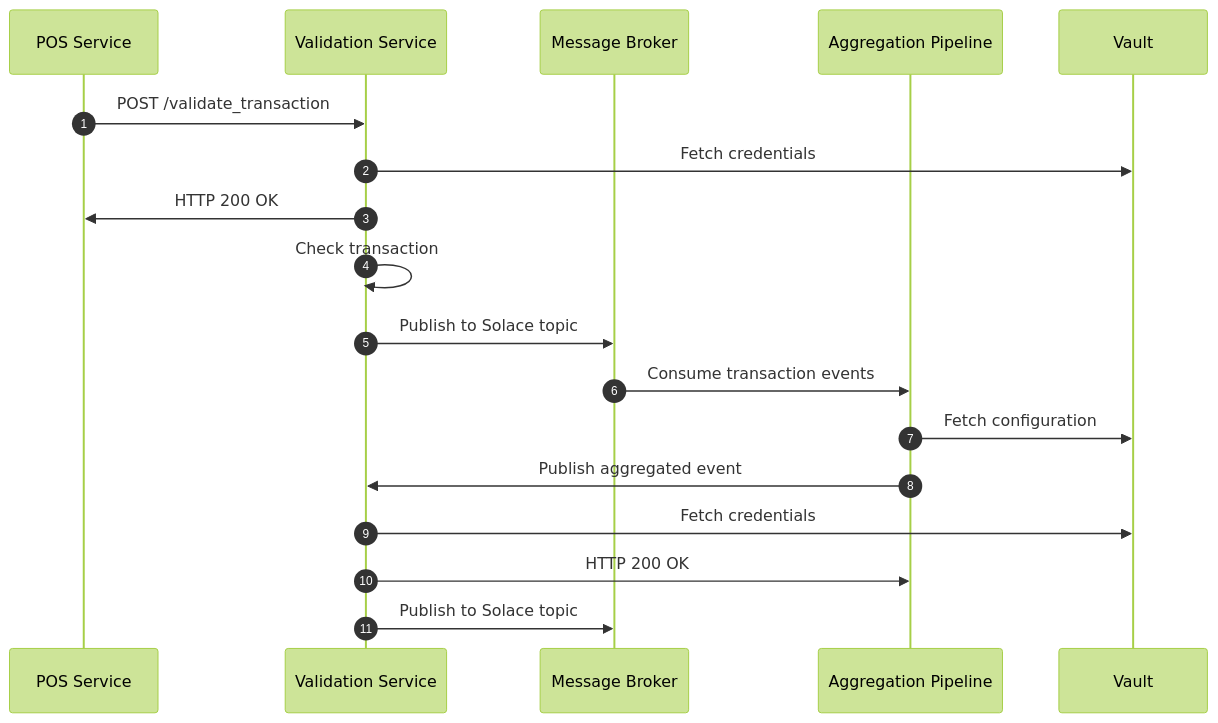
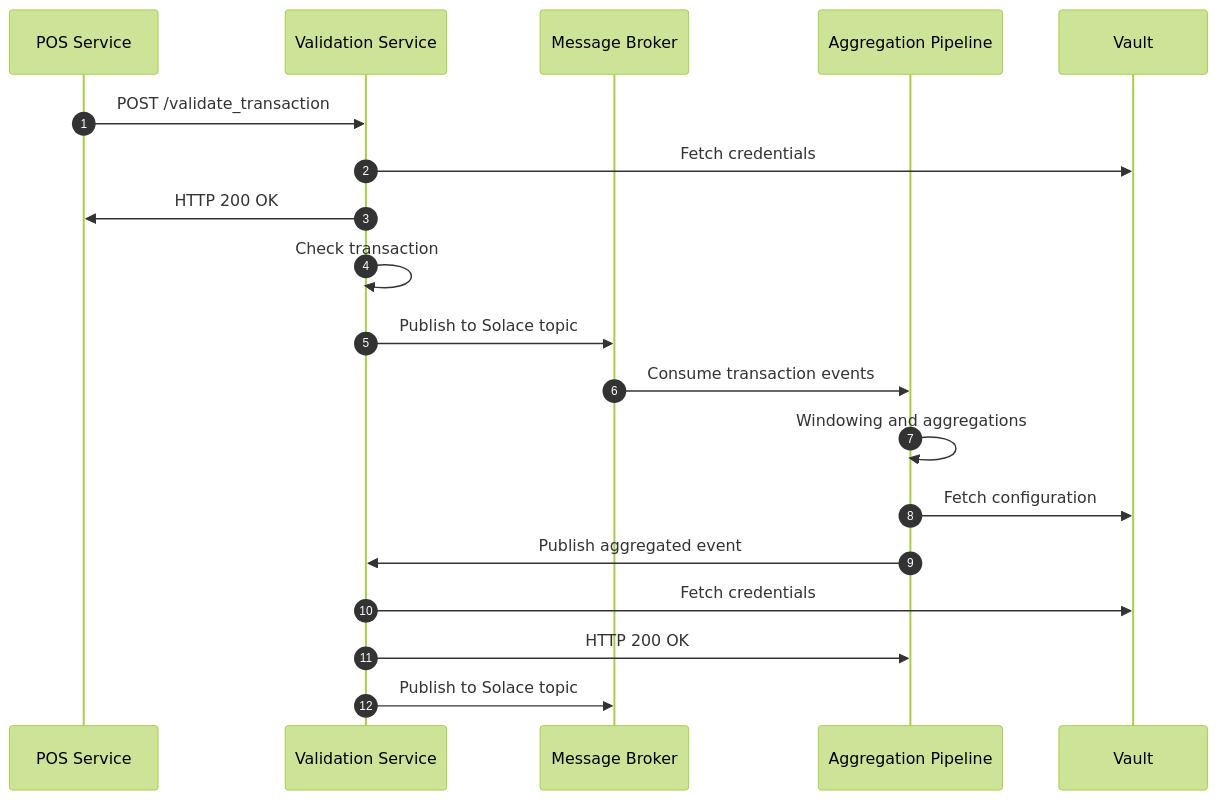
Before and after one commit to Tuuliyo/DLMDWWDE: the first of 2 diagrams in README.md, drawn with Mermaid (forest theme). The commit also changed other lines of this file and 7 other files, not shown here.

Commit message:
vault: otel and tempo config, correction and addition of graphics in readme

````diff
--- a/README.md
+++ b/README.md
@@ -101,21 +101,22 @@
 ```mermaid
 sequenceDiagram
     autonumber
     participant POS as POS Service
     participant Validation as Validation Service
     participant Broker as Message Broker
     participant Aggregation as Aggregation Pipeline
     participant Vault as Vault
 
     POS->>Validation: POST /validate_transaction
     Validation->>Vault: Fetch credentials
     Validation->>POS: HTTP 200 OK
     Validation->>Validation: Check transaction
     Validation->>Broker: Publish to Solace topic
     Broker->>Aggregation: Consume transaction events
+    Aggregation->>Aggregation: Windowing and aggregations
     Aggregation->>Vault: Fetch configuration
     Aggregation->>Validation: Publish aggregated event
     Validation->>Vault: Fetch credentials
     Validation->>Aggregation: HTTP 200 OK
     Validation->>Broker: Publish to Solace topic
 ```
````
